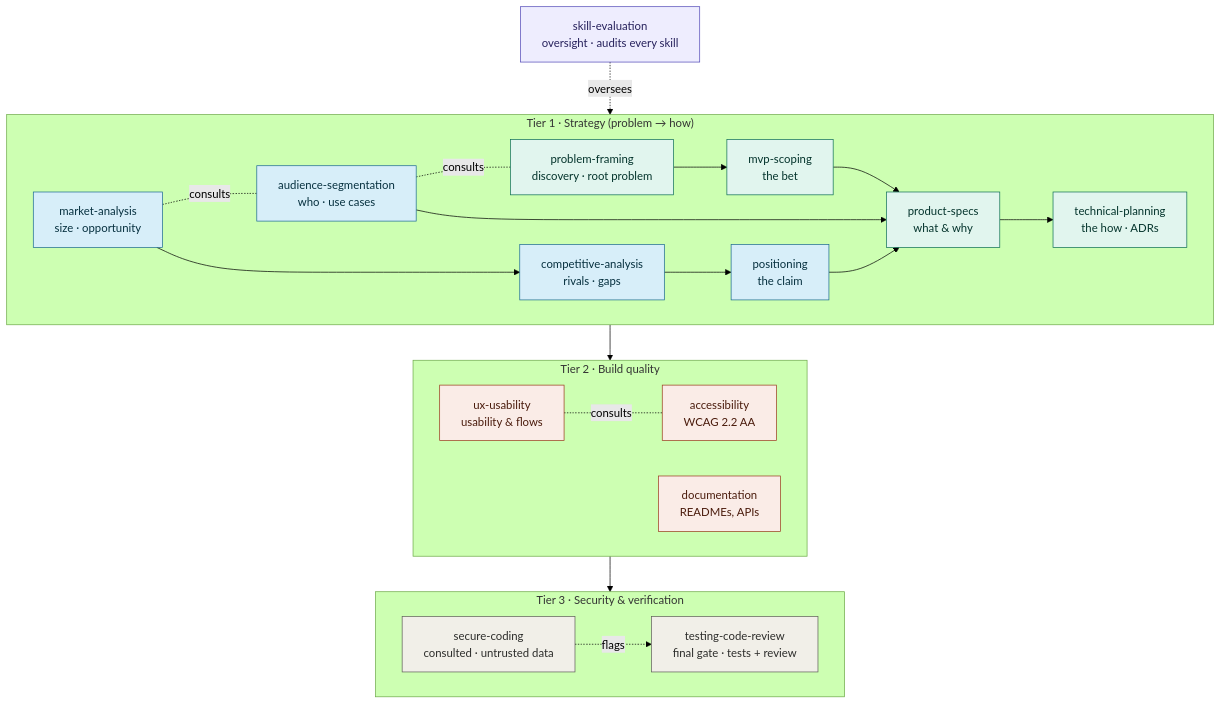
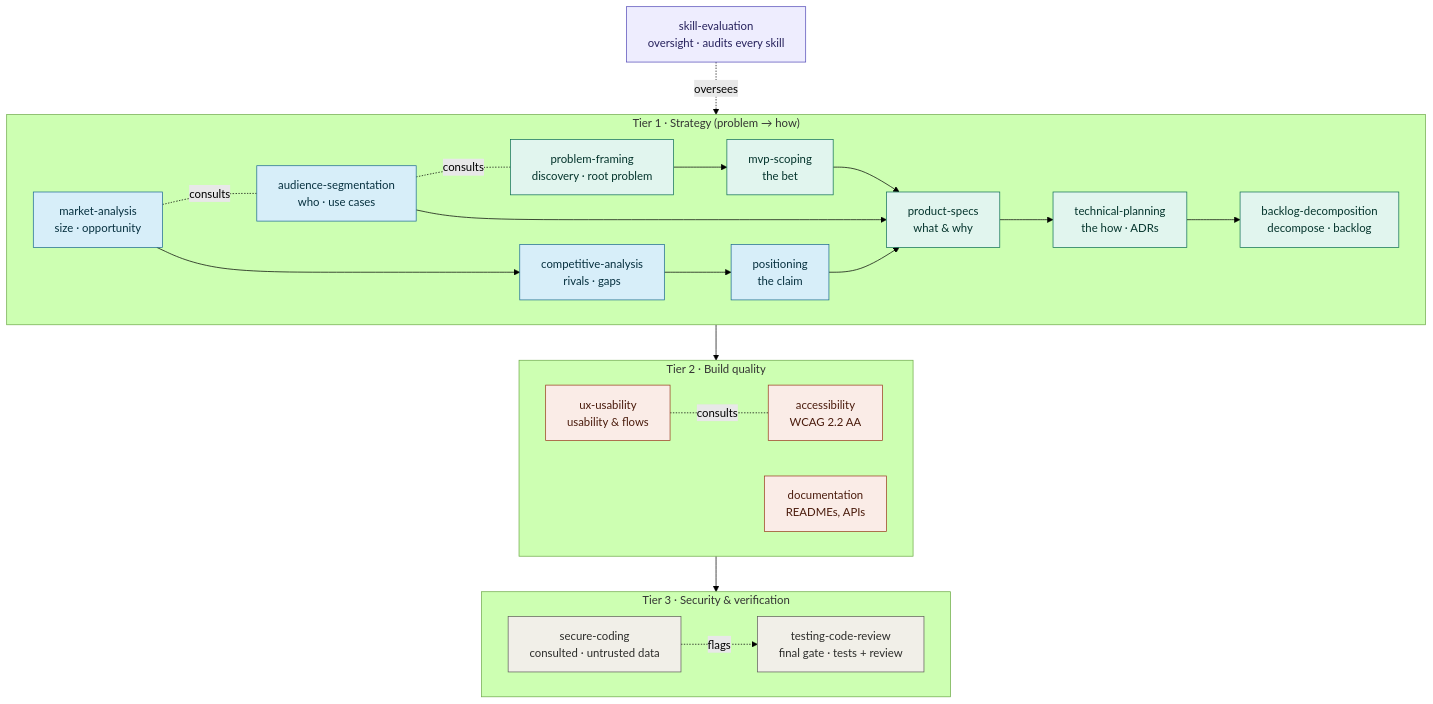
One commit to ValeriyaMetla/AI-Development-Residency changed the diagram in docs/SKILLS-LIBRARY.md. Above: the diagram before and after it, drawn with Mermaid (forest theme). The commit also changed other lines of this file, not shown here.

````diff
--- a/docs/SKILLS-LIBRARY.md
+++ b/docs/SKILLS-LIBRARY.md
@@ -115,39 +115,39 @@
 ```mermaid
 flowchart TD
     SE["skill-evaluation<br/>oversight · audits every skill"]
 
     subgraph S["Tier 1 · Strategy (problem → how)"]
       direction LR
-      PF["problem-framing<br/>discovery · root problem"] --> MVP["mvp-scoping<br/>the bet"] --> PS["product-specs<br/>what & why"] --> TP["technical-planning<br/>the how · ADRs"]
+      PF["problem-framing<br/>discovery · root problem"] --> MVP["mvp-scoping<br/>the bet"] --> PS["product-specs<br/>what & why"] --> TP["technical-planning<br/>the how · ADRs"] --> BD["backlog-decomposition<br/>decompose · backlog"]
       AS["audience-segmentation<br/>who · use cases"] --> PS
       MA["market-analysis<br/>size · opportunity"] --> CA["competitive-analysis<br/>rivals · gaps"] --> POS["positioning<br/>the claim"] --> PS
       AS -. consults .- PF
       MA -. consults .- AS
     end
 
     subgraph B["Tier 2 · Build quality"]
       direction LR
       UX["ux-usability<br/>usability & flows"] -. consults .- A["accessibility<br/>WCAG 2.2 AA"]
       D["documentation<br/>READMEs, APIs"]
     end
 
     subgraph G["Tier 3 · Security & verification"]
       direction LR
       SEC["secure-coding<br/>consulted · untrusted data"] -. flags .-> TCR["testing-code-review<br/>final gate · tests + review"]
     end
 
     SE -. oversees .-> S
-    TP --> B
+    BD --> B
     B --> G
 
     classDef strat fill:#E1F5EE,stroke:#0F6E56,color:#04342C;
     classDef disc fill:#D7EEF9,stroke:#1C6A91,color:#06303F;
     classDef build fill:#FAECE7,stroke:#993C1D,color:#4A1B0C;
     classDef gate fill:#F1EFE8,stroke:#5F5E5A,color:#2C2C2A;
     classDef over fill:#EEEDFE,stroke:#534AB7,color:#26215C;
-    class PF,MVP,PS,TP strat;
+    class PF,MVP,PS,TP,BD strat;
     class AS,MA,CA,POS disc;
     class UX,A,D build;
     class SEC,TCR gate;
     class SE over;
 ```
````
